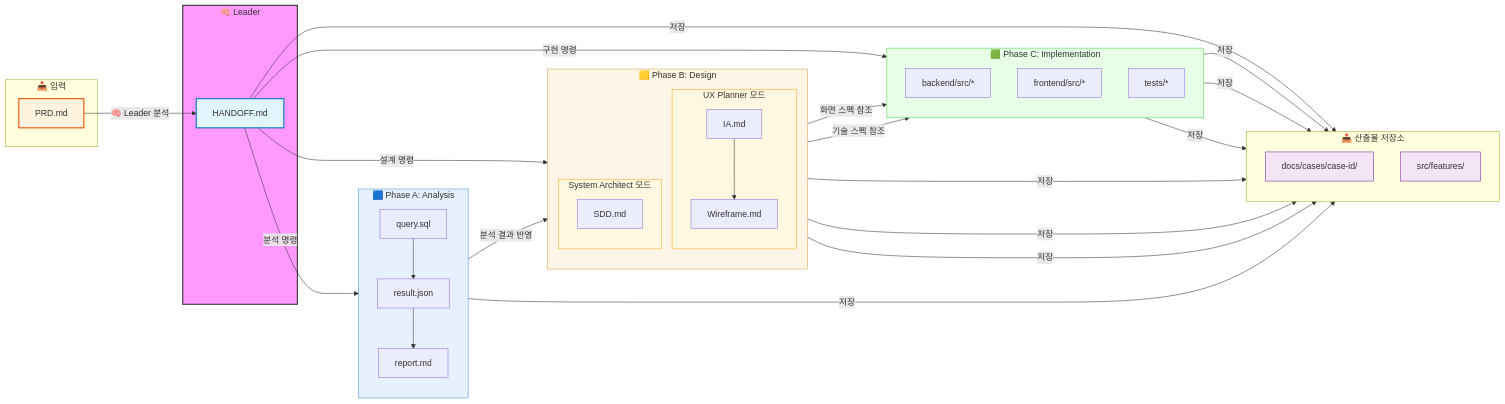
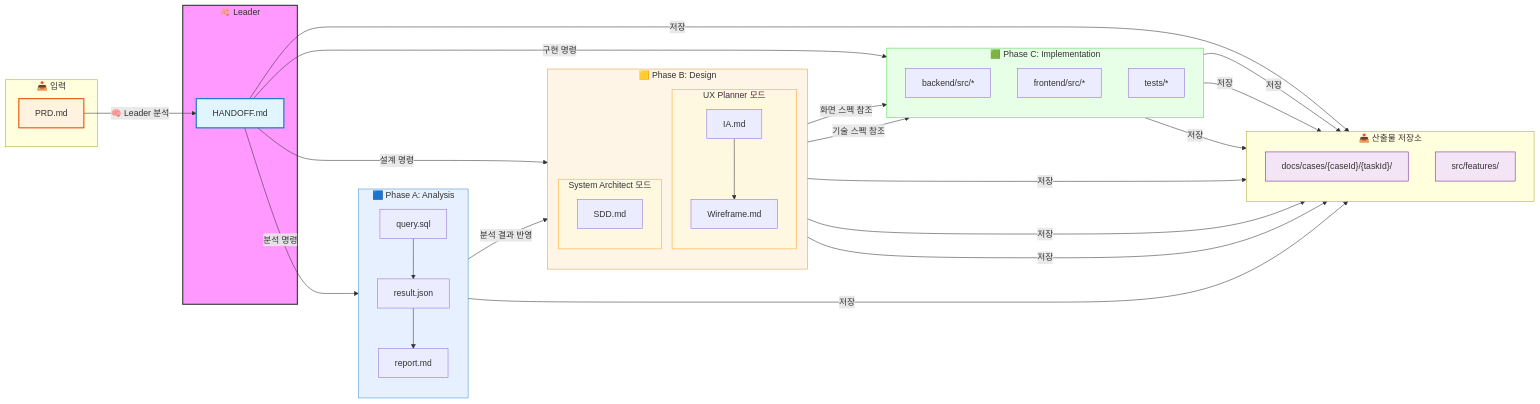
One commit to Jelly1104/orchestrator changed the seventh of 7 diagrams in ATO-System-B/.claude/README.md. Above: the diagram before and after it, drawn with Mermaid. The commit also changed other lines of this file and 280 other files, not shown here.

```diff
--- a/ATO-System-B/.claude/README.md
+++ b/ATO-System-B/.claude/README.md
@@ -829,8 +868,8 @@
 
     subgraph Output ["📤 산출물 저장소"]
         direction TB
-        DOCS[docs/cases/case-id/]
-        CODE[src/features/]
+        DOCS["docs/cases/{caseId}/{taskId}/"]
+        CODE["src/features/"]
     end
 
     %% ═══════════════════════════════════════
```
